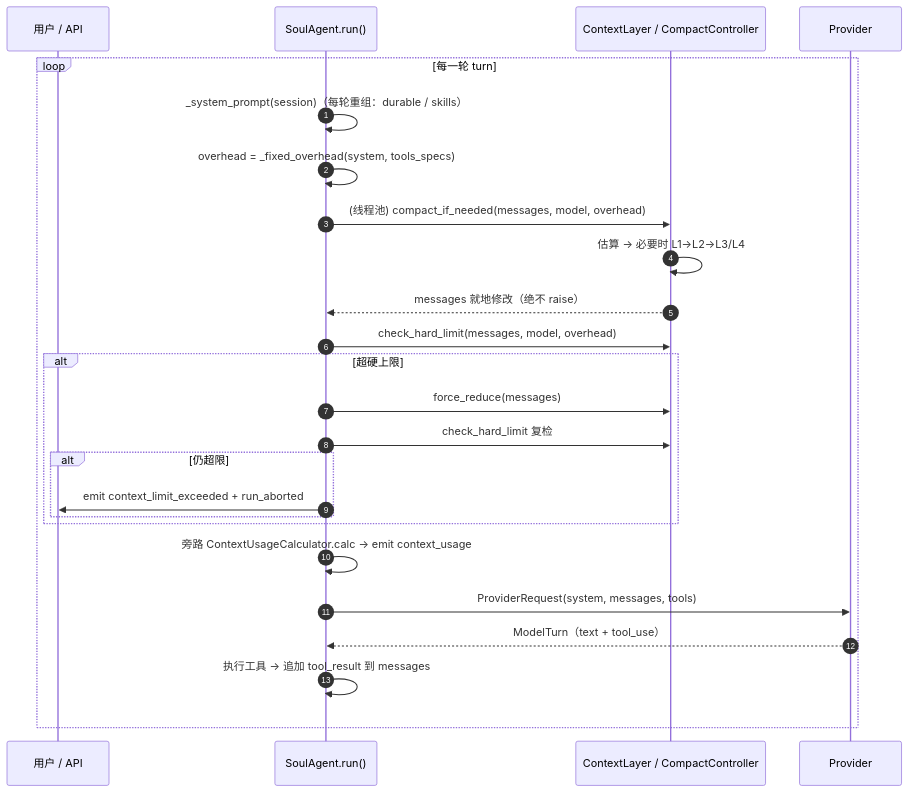
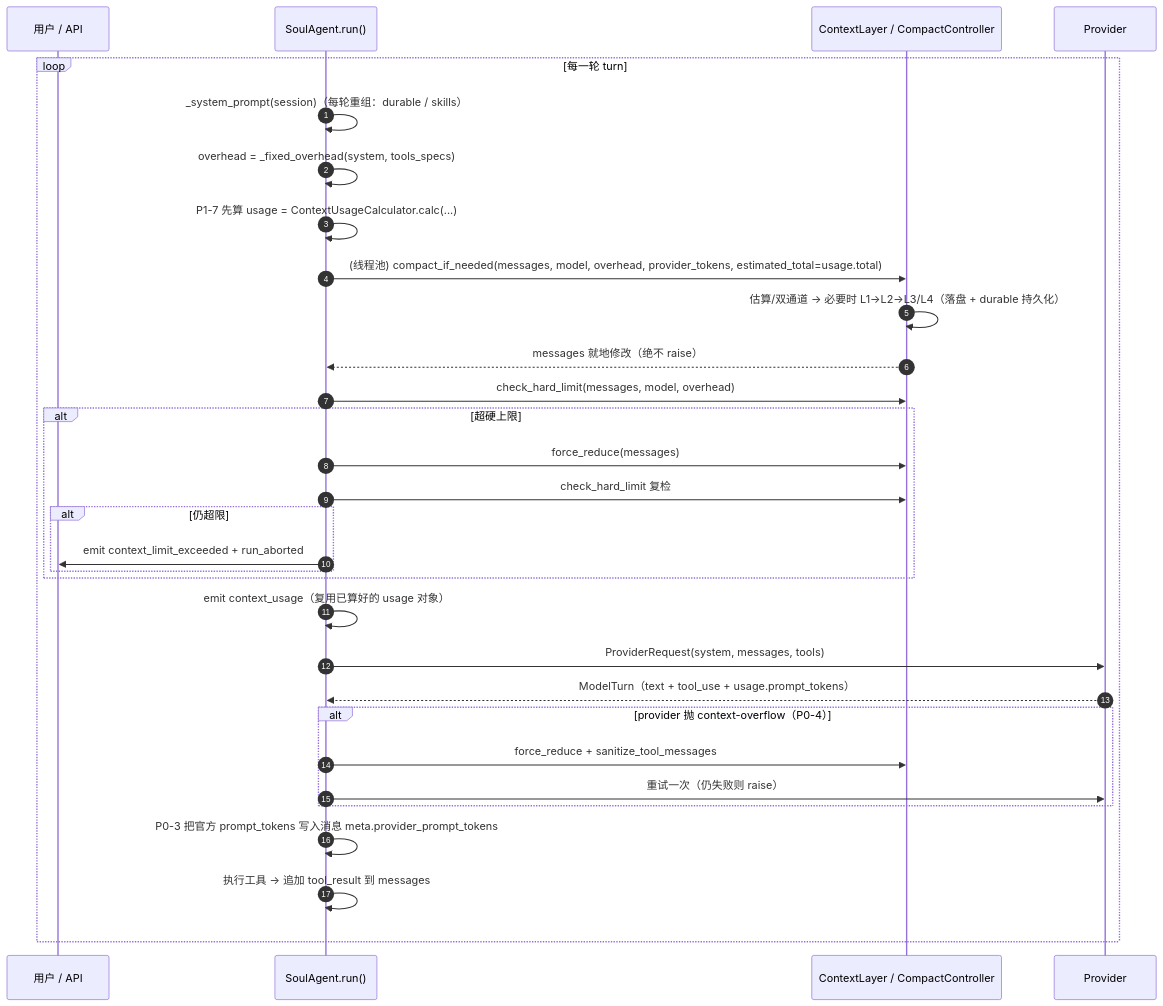
Before and after one commit to andyxu1234/soul_buddy: the sixth of 8 diagrams in docs/modules/10-context.md, drawn with Mermaid. The commit also changed other lines of this file and 62 other files, not shown here.

````diff
--- a/docs/modules/10-context.md
+++ b/docs/modules/10-context.md
@@ -205,28 +244,34 @@
 ```mermaid
 sequenceDiagram
     autonumber
     participant U as 用户 / API
     participant A as SoulAgent.run()
     participant C as ContextLayer / CompactController
     participant P as Provider
 
     loop 每一轮 turn
         A->>A: _system_prompt(session)（每轮重组：durable / skills）
         A->>A: overhead = _fixed_overhead(system, tools_specs)
-        A->>C: (线程池) compact_if_needed(messages, model, overhead)
-        C->>C: 估算 → 必要时 L1→L2→L3/L4
+        A->>A: P1-7 先算 usage = ContextUsageCalculator.calc(...)
+        A->>C: (线程池) compact_if_needed(messages, model, overhead, provider_tokens, estimated_total=usage.total)
+        C->>C: 估算/双通道 → 必要时 L1→L2→L3/L4（落盘 + durable 持久化）
         C-->>A: messages 就地修改（绝不 raise）
         A->>C: check_hard_limit(messages, model, overhead)
         alt 超硬上限
             A->>C: force_reduce(messages)
             A->>C: check_hard_limit 复检
             alt 仍超限
                 A->>U: emit context_limit_exceeded + run_aborted
             end
         end
-        A->>A: 旁路 ContextUsageCalculator.calc → emit context_usage
+        A->>A: emit context_usage（复用已算好的 usage 对象）
         A->>P: ProviderRequest(system, messages, tools)
-        P-->>A: ModelTurn（text + tool_use）
+        P-->>A: ModelTurn（text + tool_use + usage.prompt_tokens）
+        alt provider 抛 context-overflow（P0-4）
+            A->>C: force_reduce + sanitize_tool_messages
+            A->>P: 重试一次（仍失败则 raise）
+        end
+        A->>A: P0-3 把官方 prompt_tokens 写入消息 meta.provider_prompt_tokens
         A->>A: 执行工具 → 追加 tool_result 到 messages
     end
 ```
````
